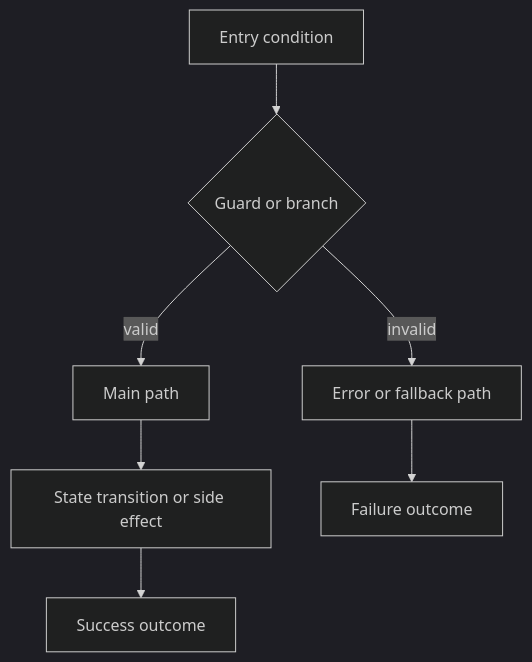
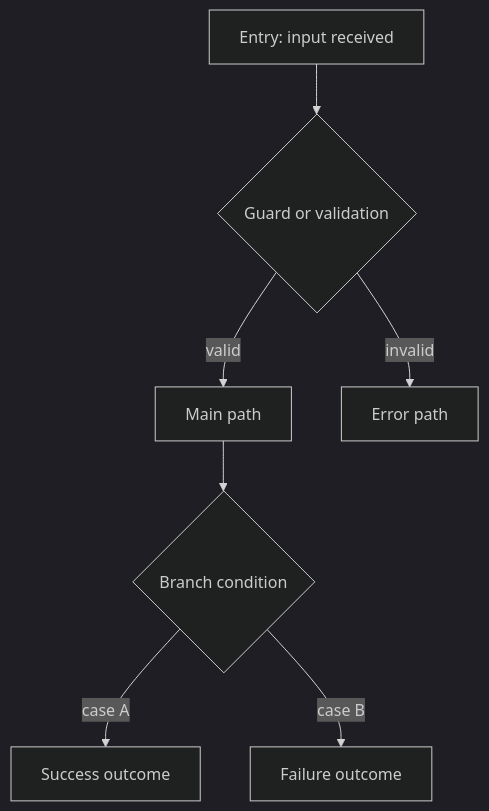
One commit to minh-lb/ai-tools changed the second of 2 diagrams in debugger/references/report-template.md. Above: the diagram before and after it, drawn with Mermaid (dark theme). The commit also changed other lines of this file and 7 other files, not shown here.

First line of the commit message:
refactor(debugger): investigation-only rewrite with Mermaid diagrams and examples

````diff
--- a/debugger/references/report-template.md
+++ b/debugger/references/report-template.md
@@ -90,9 +95,9 @@
 ```mermaid
 flowchart TD
-    A[Entry condition] --> B{Guard or branch}
+    A[Entry: input received] --> B{Guard or validation}
     B -->|valid| C[Main path]
-    B -->|invalid| D[Error or fallback path]
-    C --> E[State transition or side effect]
-    D --> F[Failure outcome]
-    E --> G[Success outcome]
+    B -->|invalid| D[Error path]  
+    C --> E{Branch condition}
+    E -->|case A| F[Success outcome]
+    E -->|case B| G[Failure outcome]  
 ```
````
